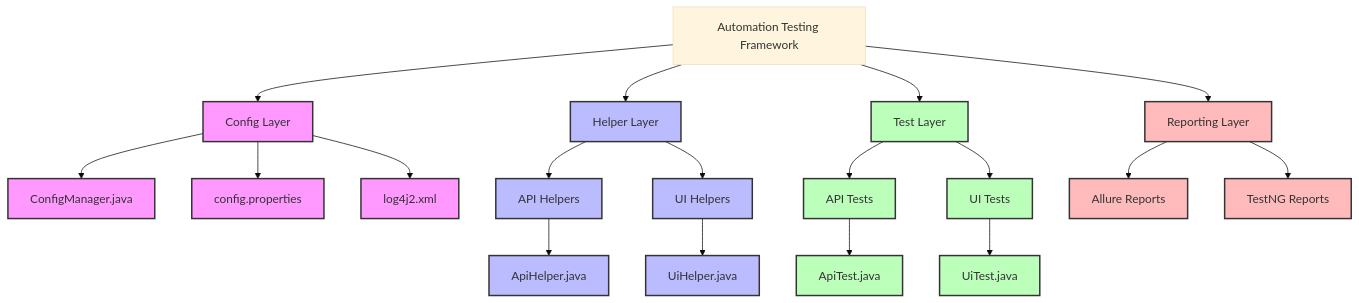
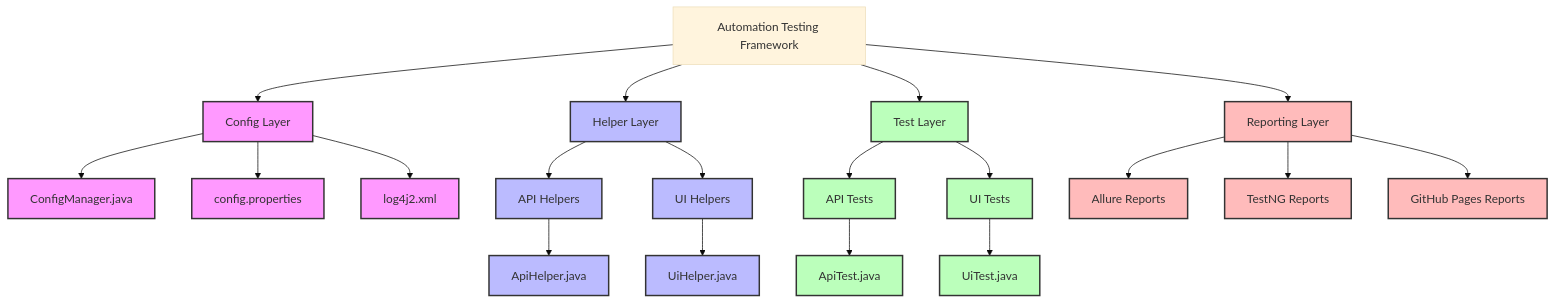
Before and after one commit to azka-art/automation-testing-framework: the first of 3 diagrams in README.md, drawn with Mermaid (base theme). The commit also changed other lines of this file, not shown here.

````diff
--- a/README.md
+++ b/README.md
@@ -46,36 +52,37 @@
 ```mermaid
 graph TD
     A[Automation Testing Framework] --> B[Config Layer]
     A --> C[Helper Layer]
     A --> D[Test Layer]
     A --> E[Reporting Layer]
     
     B --> B1[ConfigManager.java]
     B --> B2[config.properties]
     B --> B3[log4j2.xml]
     
     C --> C1[API Helpers]
     C --> C2[UI Helpers]
     
     C1 --> C11[ApiHelper.java]
     C2 --> C21[UiHelper.java]
     
     D --> D1[API Tests]
     D --> D2[UI Tests]
     
     D1 --> D11[ApiTest.java]
     D2 --> D21[UiTest.java]
     
     E --> E1[Allure Reports]
     E --> E2[TestNG Reports]
+    E --> E3[GitHub Pages Reports]
     
     classDef configClass fill:#f9f,stroke:#333,stroke-width:2px;
     classDef helperClass fill:#bbf,stroke:#333,stroke-width:2px;
     classDef testClass fill:#bfb,stroke:#333,stroke-width:2px;
     classDef reportClass fill:#fbb,stroke:#333,stroke-width:2px;
     
     class B,B1,B2,B3 configClass;
     class C,C1,C2,C11,C21 helperClass;
     class D,D1,D2,D11,D21 testClass;
-    class E,E1,E2 reportClass;
+    class E,E1,E2,E3 reportClass;
 ```
````
